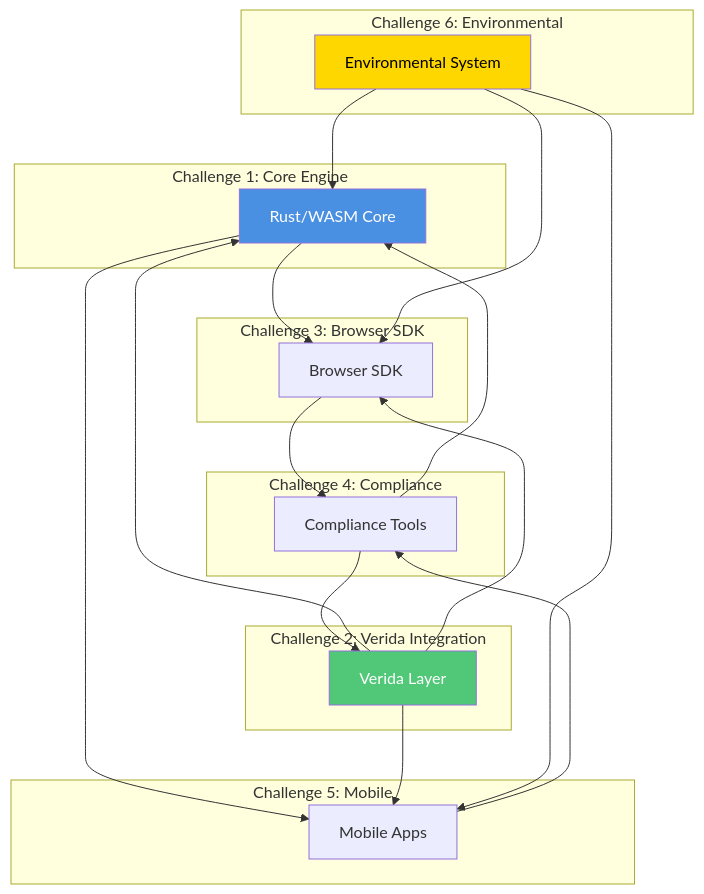
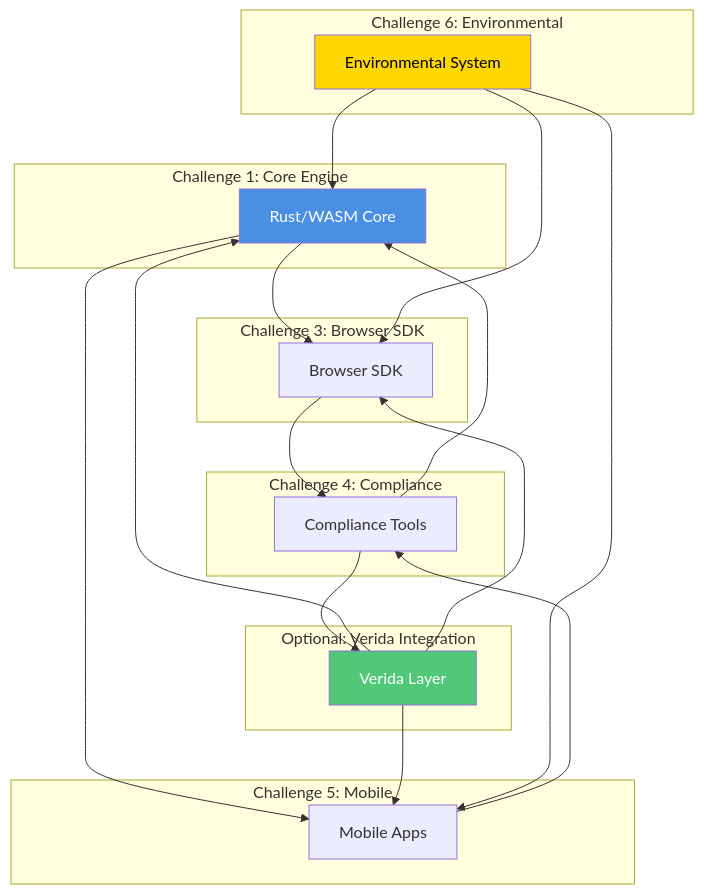
Before and after one commit to Kwaai-AI-Lab/KwaaiNet: diagram 22 of 22 in docs/CHALLENGE_ARCHITECTURES.md, drawn with Mermaid. The commit also changed other lines of this file and 10 other files, not shown here.

````diff
--- a/docs/CHALLENGE_ARCHITECTURES.md
+++ b/docs/CHALLENGE_ARCHITECTURES.md
@@ -1264,47 +1195,47 @@
 ```mermaid
 graph TB
     subgraph "Challenge 1: Core Engine"
         Core[Rust/WASM Core]
     end
 
-    subgraph "Challenge 2: Verida Integration"
+    subgraph "Optional: Verida Integration"
         Verida[Verida Layer]
     end
 
     subgraph "Challenge 3: Browser SDK"
         Browser[Browser SDK]
     end
 
     subgraph "Challenge 4: Compliance"
         Compliance[Compliance Tools]
     end
 
     subgraph "Challenge 5: Mobile"
         Mobile[Mobile Apps]
     end
 
     subgraph "Challenge 6: Environmental"
         Environmental[Environmental System]
     end
 
     Core --> Browser
     Core --> Mobile
 
     Verida --> Core
     Verida --> Browser
     Verida --> Mobile
 
     Compliance --> Verida
     Compliance --> Core
 
     Environmental --> Core
     Environmental --> Browser
     Environmental --> Mobile
 
     Browser --> Compliance
     Mobile --> Compliance
 
     style Core fill:#4A90E2,color:#fff
     style Verida fill:#50C878,color:#fff
     style Environmental fill:#FFD700,color:#000
 ```
````
